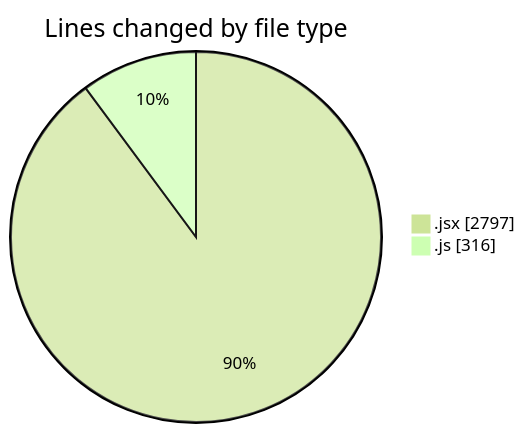
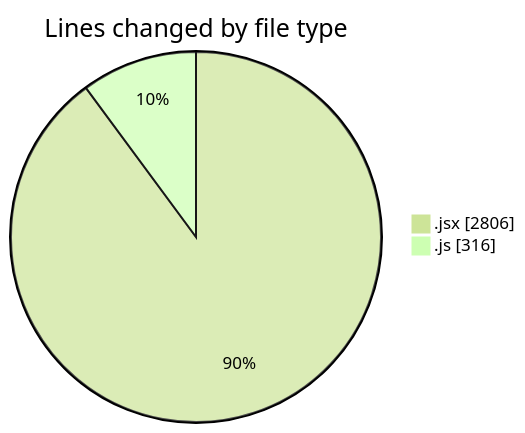
One commit to nxtqubesakshisongat/code-tracking changed the first of 2 diagrams in 2025-07-10/argos/README.md. Above: the diagram before and after it, drawn with Mermaid (forest theme). The commit also changed other lines of this file and 1 other file, not shown here.

````diff
--- a/2025-07-10/argos/README.md
+++ b/2025-07-10/argos/README.md
@@ -25,6 +25,6 @@
 ```mermaid
 pie showData
 title Lines changed by file type
-".jsx" : 2797
+".jsx" : 2806
 ".js" : 316
 ```
````
